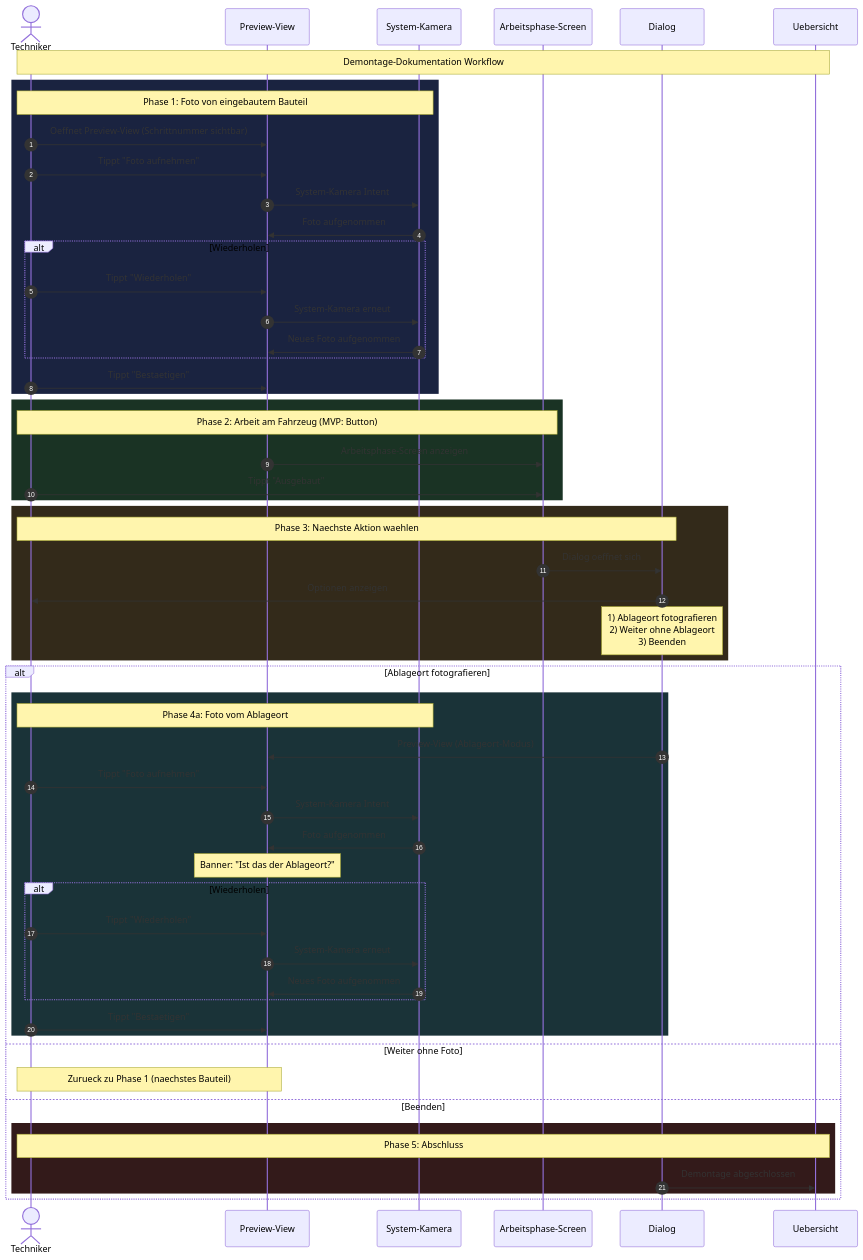
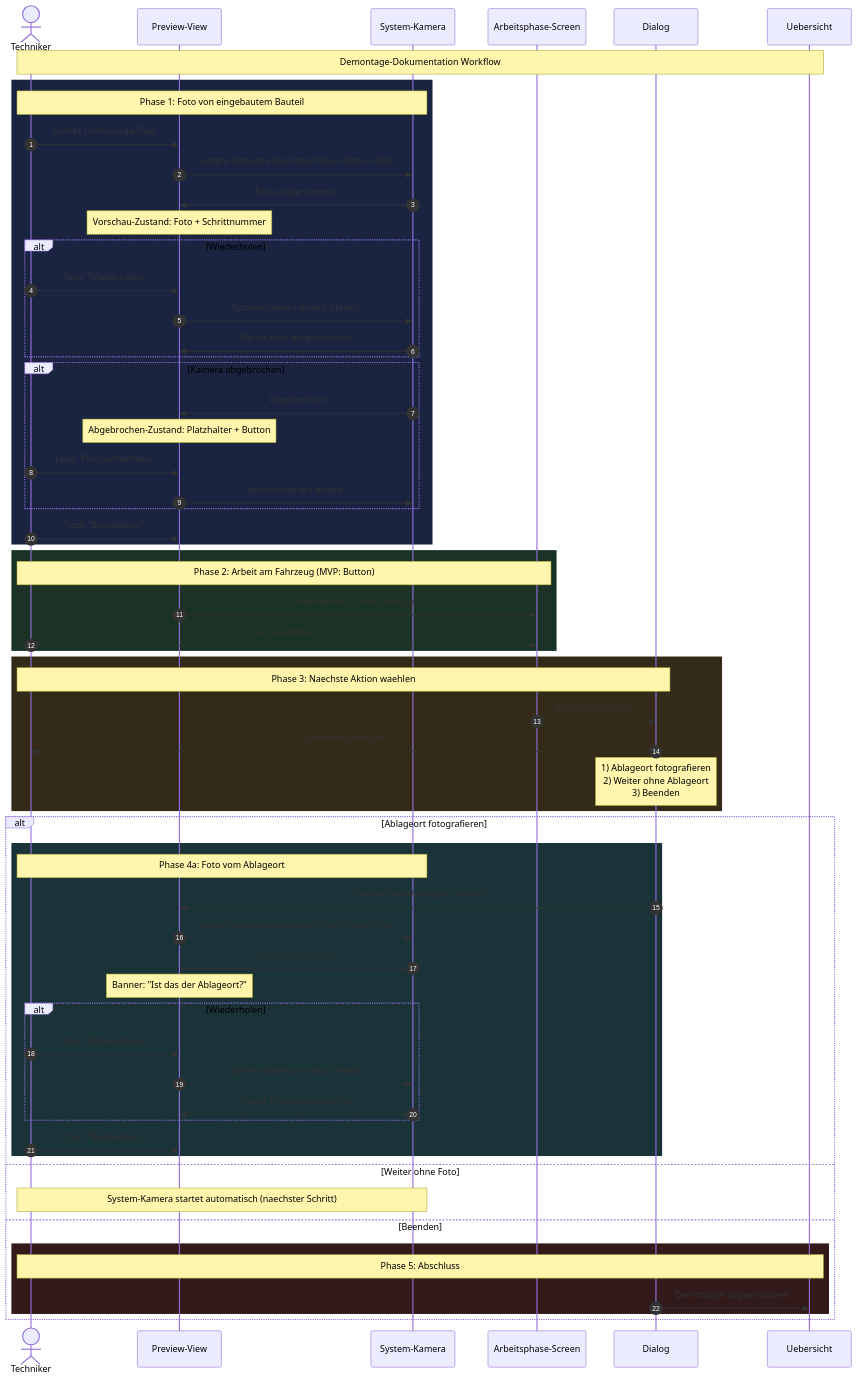
Before and after one commit to KuestenFlunder/BoltMind: the second of 2 diagrams in docs/specs/F-003-demontage/README.md, drawn with Mermaid. The commit also changed other lines of this file and 2 other files, not shown here.

First line of the commit message:
[F-003] Spec-Aktualisierung: Kamera-Autostart dokumentiert

````diff
--- a/docs/specs/F-003-demontage/README.md
+++ b/docs/specs/F-003-demontage/README.md
@@ -178,63 +179,68 @@
 ```mermaid
 sequenceDiagram
     autonumber
     actor T as Techniker
     participant PV as Preview-View
     participant SK as System-Kamera
     participant F as Arbeitsphase-Screen
     participant D as Dialog
     participant U as Uebersicht
 
     Note over T,U: Demontage-Dokumentation Workflow
 
     rect rgb(26, 35, 64)
         Note over T,SK: Phase 1: Foto von eingebautem Bauteil
-        T->>PV: Oeffnet Preview-View (Schrittnummer sichtbar)
-        T->>PV: Tippt "Foto aufnehmen"
-        PV->>SK: System-Kamera Intent
+        T->>PV: Startet Demontage-Flow
+        PV->>SK: System-Kamera automatisch (kein Button-Tap)
         SK->>PV: Foto aufgenommen
+        Note over PV: Vorschau-Zustand: Foto + Schrittnummer
         alt Wiederholen
             T->>PV: Tippt "Wiederholen"
+            PV->>SK: System-Kamera erneut (direkt)
+            SK->>PV: Neues Foto aufgenommen
+        end
+        alt Kamera abgebrochen
+            SK->>PV: Abgebrochen
+            Note over PV: Abgebrochen-Zustand: Platzhalter + Button
+            T->>PV: Tippt "Foto aufnehmen"
             PV->>SK: System-Kamera erneut
-            SK->>PV: Neues Foto aufgenommen
         end
         T->>PV: Tippt "Bestaetigen"
     end
 
     rect rgb(26, 51, 36)
         Note over T,F: Phase 2: Arbeit am Fahrzeug (MVP: Button)
         PV->>F: Arbeitsphase-Screen anzeigen
         T->>F: Tippt "Ausgebaut"
     end
 
     rect rgb(51, 42, 26)
         Note over T,D: Phase 3: Naechste Aktion waehlen
         F->>D: Dialog oeffnet sich
         D->>T: Optionen anzeigen
         Note over D: 1) Ablageort fotografieren<br/>2) Weiter ohne Ablageort<br/>3) Beenden
     end
 
     alt Ablageort fotografieren
         rect rgb(26, 51, 56)
             Note over T,SK: Phase 4a: Foto vom Ablageort
             D->>PV: Preview-View (Ablageort-Modus)
-            T->>PV: Tippt "Foto aufnehmen"
-            PV->>SK: System-Kamera Intent
+            PV->>SK: System-Kamera automatisch (kein Button-Tap)
             SK->>PV: Foto aufgenommen
             Note over PV: Banner: "Ist das der Ablageort?"
             alt Wiederholen
                 T->>PV: Tippt "Wiederholen"
-                PV->>SK: System-Kamera erneut
+                PV->>SK: System-Kamera erneut (direkt)
                 SK->>PV: Neues Foto aufgenommen
             end
             T->>PV: Tippt "Bestaetigen"
         end
     else Weiter ohne Foto
-        Note over T,PV: Zurueck zu Phase 1 (naechstes Bauteil)
+        Note over T,SK: System-Kamera startet automatisch (naechster Schritt)
     else Beenden
         rect rgb(51, 26, 26)
             Note over T,U: Phase 5: Abschluss
             D->>U: Demontage abgeschlossen
         end
     end
 ```
````
